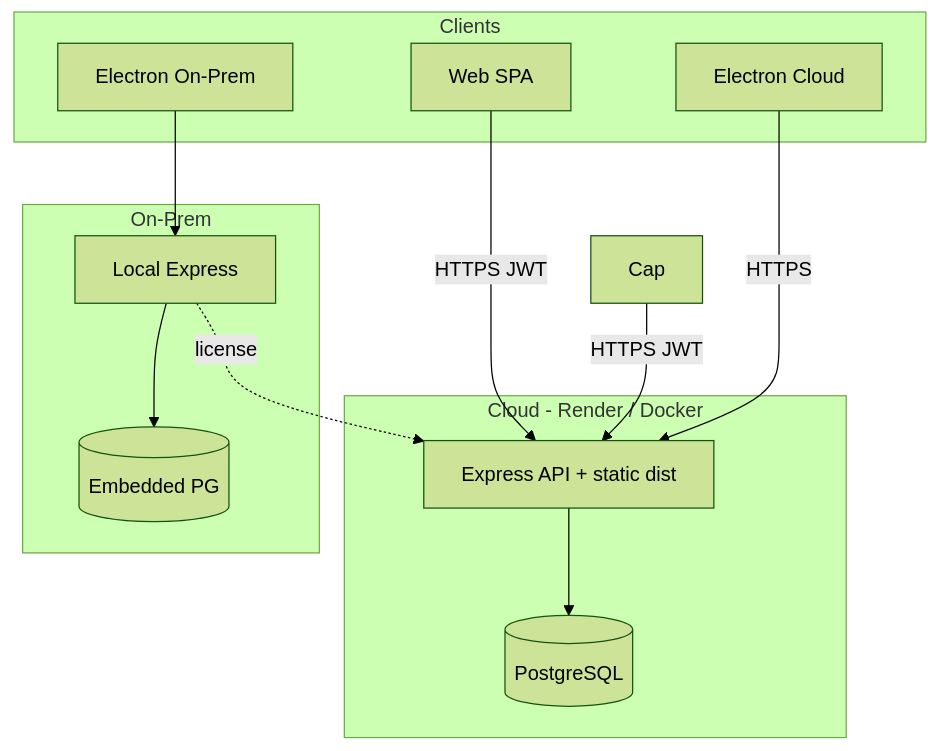
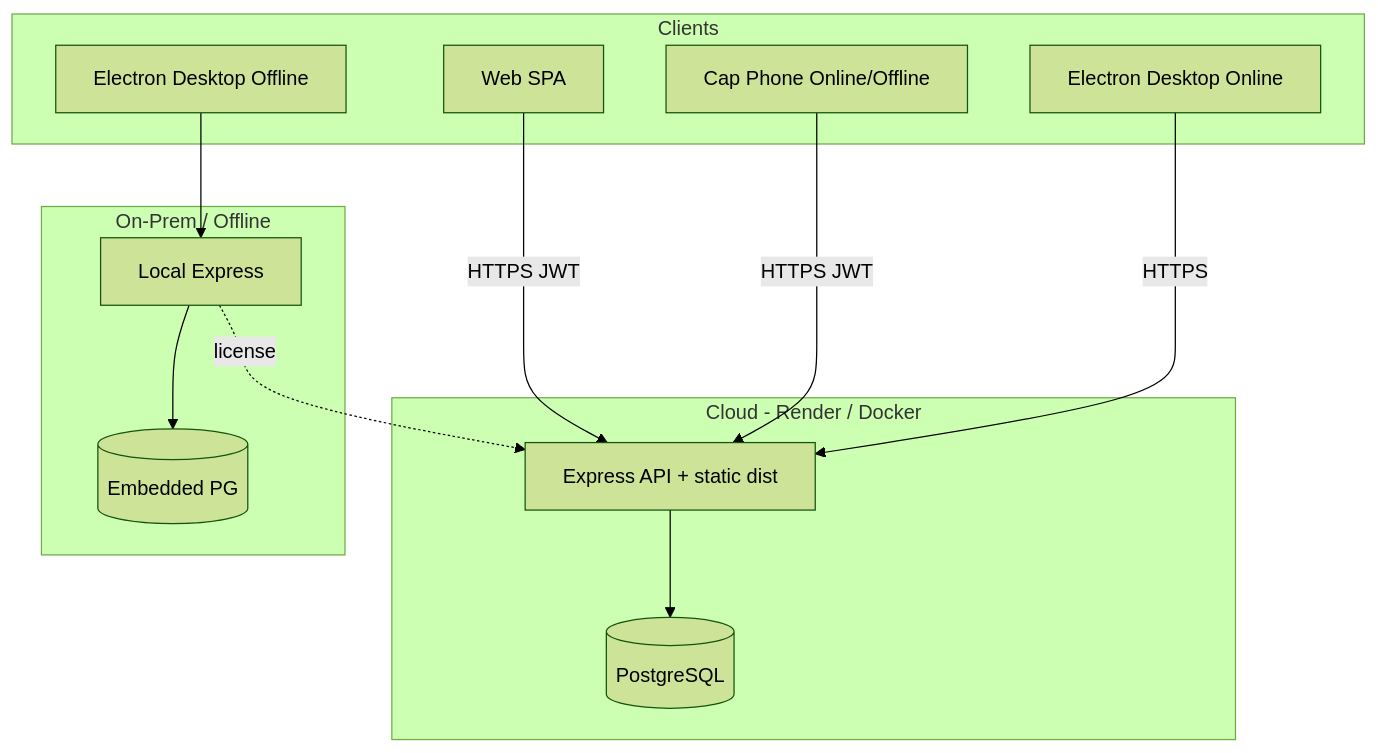
The first of 2 diagrams in docs/architecture.md (prathame/DG-ERP), drawn with Mermaid (forest theme) before and after one commit. The commit also changed other lines of this file and 8 other files, not shown here.

````diff
--- a/docs/architecture.md
+++ b/docs/architecture.md
@@ -42,26 +42,27 @@
 ```mermaid
 flowchart TB
   subgraph clients [Clients]
     Web[Web SPA]
-    ElecC[Electron Cloud]
-    ElecO[Electron On-Prem]
+    ElecC[Electron Desktop Online]
+    ElecO[Electron Desktop Offline]
+    Cap[Cap Phone Online/Offline]
   end
 
   subgraph cloud [Cloud - Render / Docker]
     Express[Express API + static dist]
     PG[(PostgreSQL)]
     Express --> PG
   end
 
   Web -->|HTTPS JWT| Express
   Cap -->|HTTPS JWT| Express
   ElecC -->|HTTPS| Express
 
-  subgraph onprem [On-Prem]
+  subgraph onprem [On-Prem / Offline]
     LocalAPI[Local Express]
     EmbPG[(Embedded PG)]
     LocalAPI --> EmbPG
     ElecO --> LocalAPI
     LocalAPI -.->|license| Express
   end
 ```
````
